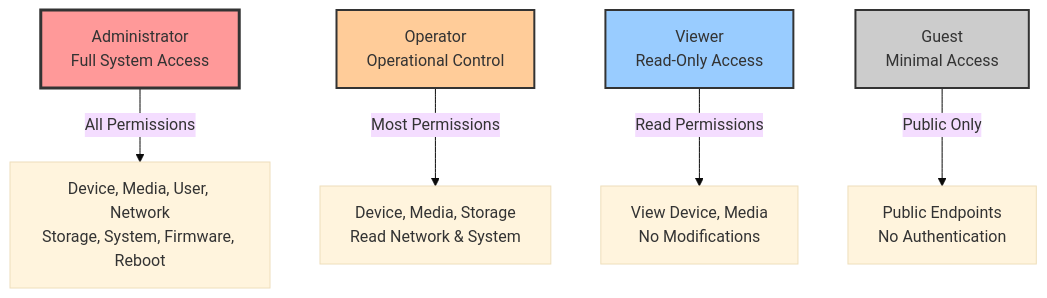
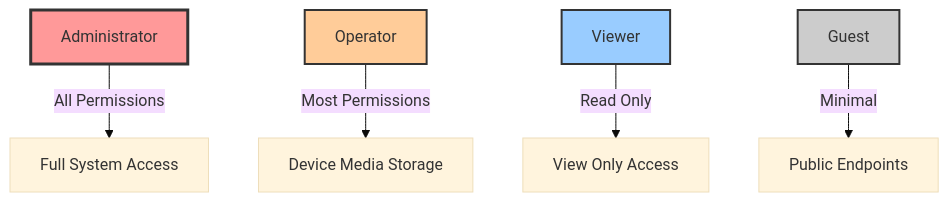
Before and after one commit to JayeshKakkad-Rotoclear/Rotoclear-C-Pro-Docs: the diagram in docs/security/permissions.md, drawn with Mermaid (base theme). The commit also changed 16 other files, not shown here.

Commit message:
Fix Mermaid diagram text overflow issues - Simplified all node labels to prevent text cutoff - Removed line breaks from node text - Shortened labels while maintaining clarity - Fixed all diagrams to display properly on website

````diff
--- a/docs/security/permissions.md
+++ b/docs/security/permissions.md
@@ -53,15 +53,15 @@
 ```mermaid
 graph TB
-    Admin[Administrator<br/>Full System Access] -->|All Permissions| AllPerms[Device, Media, User, Network<br/>Storage, System, Firmware, Reboot]
+    Admin[Administrator] -->|All Permissions| AllPerms[Full System Access]
     
-    Operator[Operator<br/>Operational Control] -->|Most Permissions| OpPerms[Device, Media, Storage<br/>Read Network & System]
+    Operator[Operator] -->|Most Permissions| OpPerms[Device Media Storage]
     
-    Viewer[Viewer<br/>Read-Only Access] -->|Read Permissions| ViewPerms[View Device, Media<br/>No Modifications]
+    Viewer[Viewer] -->|Read Only| ViewPerms[View Only Access]
     
-    Guest[Guest<br/>Minimal Access] -->|Public Only| GuestPerms[Public Endpoints<br/>No Authentication]
+    Guest[Guest] -->|Minimal| GuestPerms[Public Endpoints]
     
     style Admin fill:#ff9999,stroke:#333,stroke-width:3px
     style Operator fill:#ffcc99,stroke:#333,stroke-width:2px
     style Viewer fill:#99ccff,stroke:#333,stroke-width:2px
     style Guest fill:#cccccc,stroke:#333,stroke-width:2px
 ```
````
